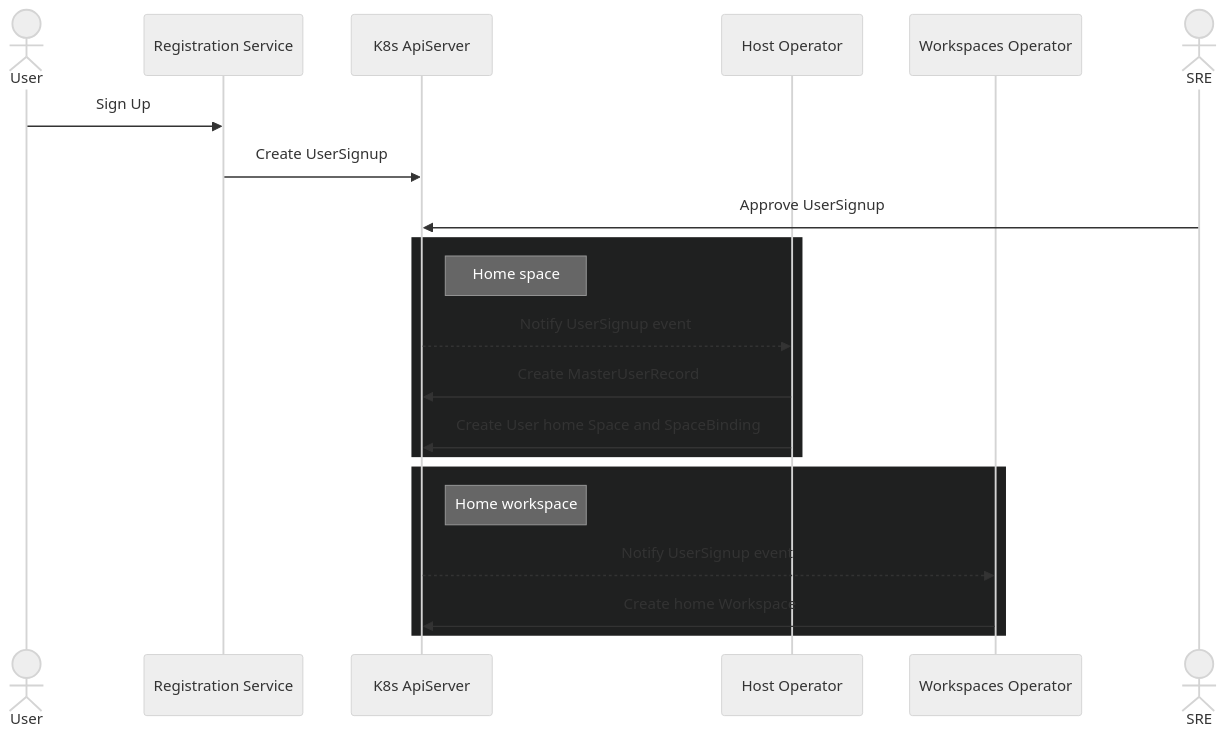
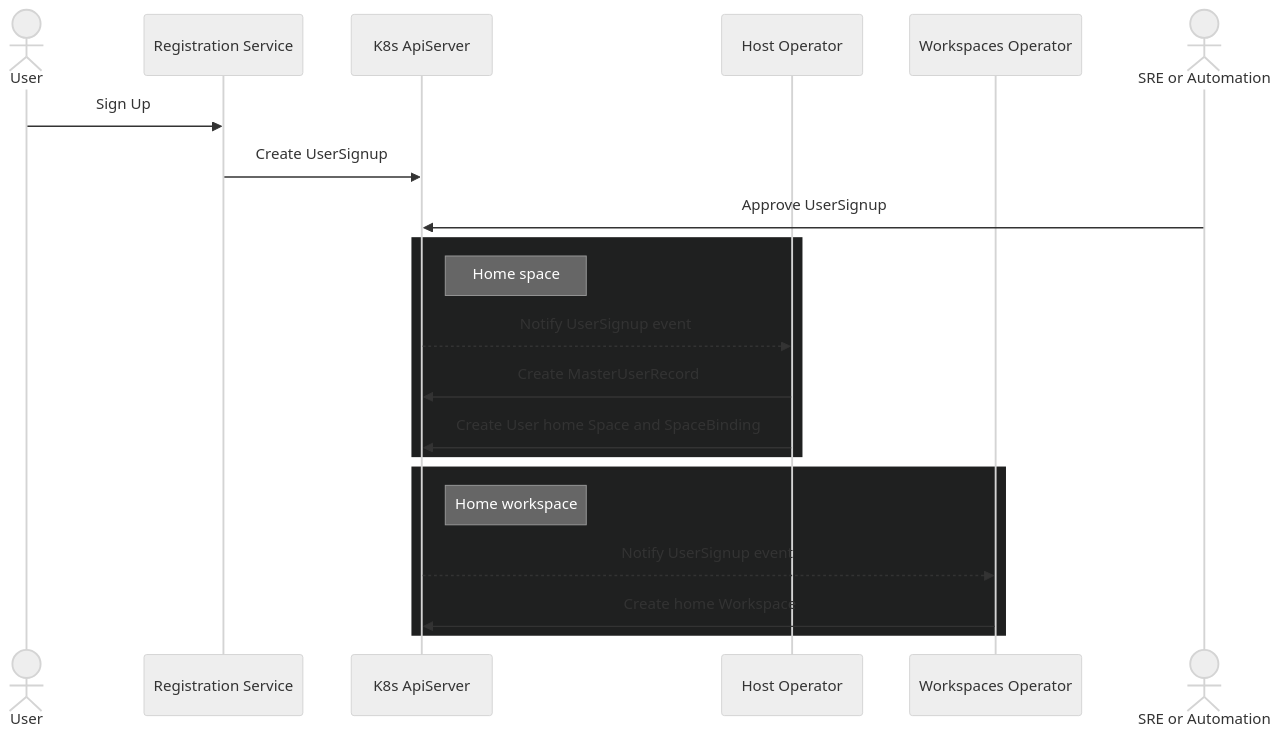
One commit to konflux-workspaces/workspaces changed the diagram in doc/design/workflows/user_onboard.mmd. Above: the diagram before and after it, drawn with Mermaid (neutral theme). The commit also changed 3 other files, not shown here.

```diff
--- a/doc/design/workflows/user_onboard.mmd
+++ b/doc/design/workflows/user_onboard.mmd
@@ -1,29 +1,29 @@
 sequenceDiagram
   actor U as User
 
   participant RS as Registration Service
   participant KA as K8s ApiServer
   participant HO as Host Operator
   participant WO as Workspaces Operator
   
-  actor D as SRE
+  actor D as SRE or Automation
 
   U->>RS: Sign Up
   RS->>KA: Create UserSignup
 
   %% Manual Approval
   D->>KA: Approve UserSignup
   %% Create home space
   rect rgb(31,32,32)
   note right of KA: Home space
   KA-->>HO: Notify UserSignup event
   HO->>KA: Create MasterUserRecord
   HO->>KA: Create User home Space and SpaceBinding
   end
 
   %% Create home workspace
   rect rgb(31,32,32)
   note right of KA: Home workspace
   KA-->>WO: Notify UserSignup event
   WO->>KA: Create home Workspace
   end
```
